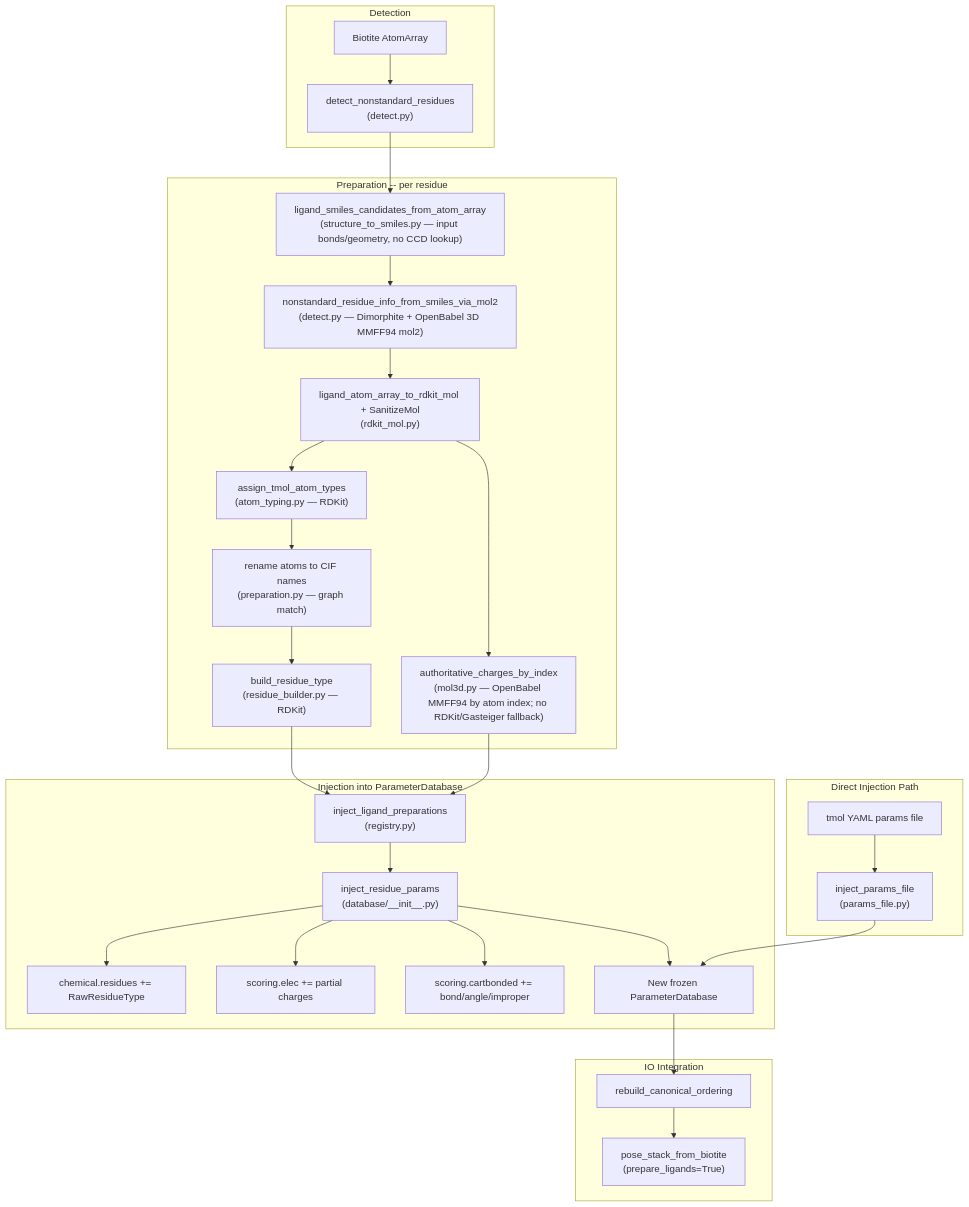
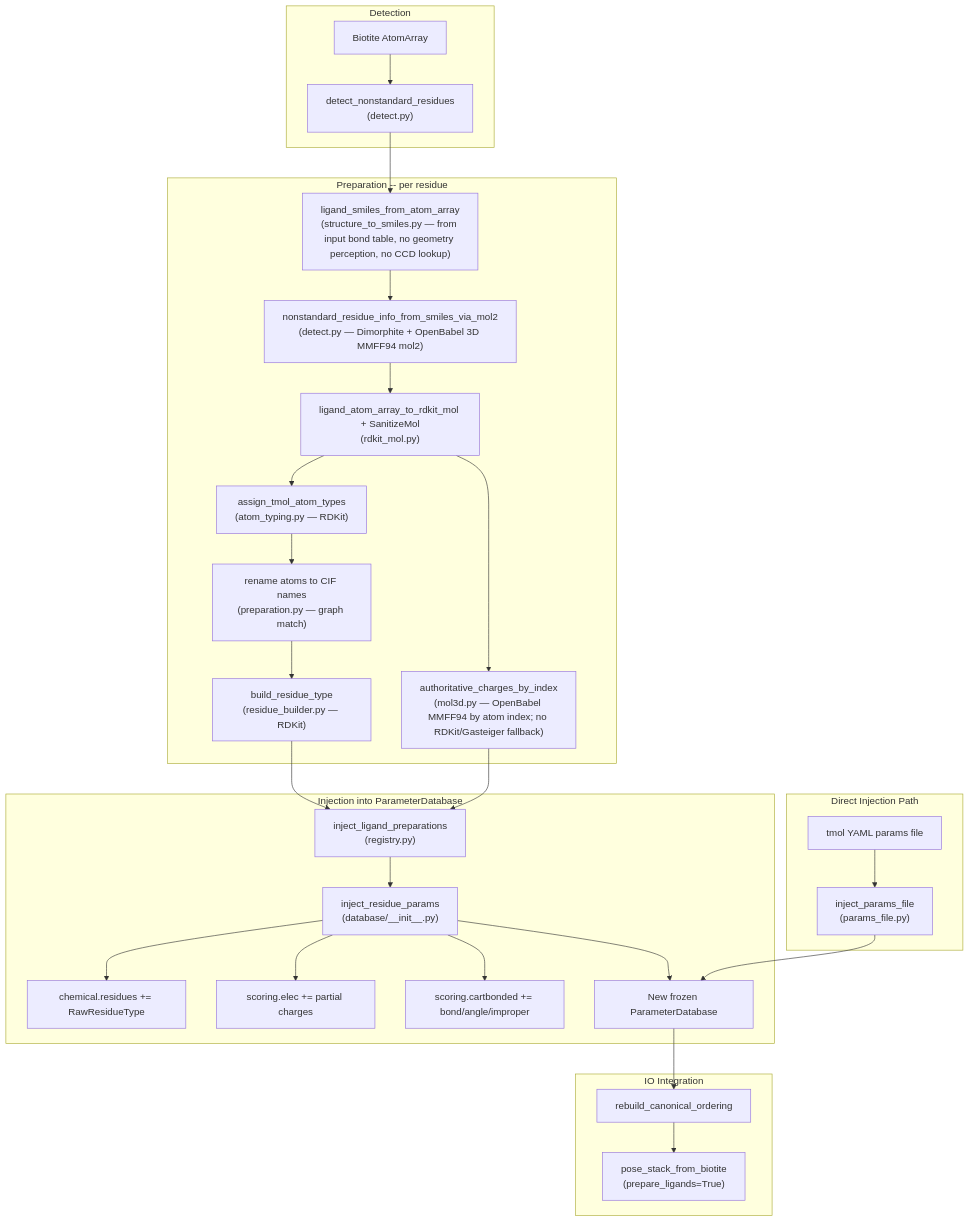
The diagram in tmol/ligand/README.md (uw-ipd/tmol), drawn with Mermaid before and after one commit. The commit also changed other lines of this file, not shown here.

````diff
--- a/tmol/ligand/README.md
+++ b/tmol/ligand/README.md
@@ -22,38 +22,38 @@
 ```mermaid
 flowchart TD
     subgraph detection [Detection]
         A["Biotite AtomArray"] --> B["detect_nonstandard_residues\n(detect.py)"]
     end
 
     subgraph preparation [Preparation -- per residue]
-        B --> S["ligand_smiles_candidates_from_atom_array\n(structure_to_smiles.py — input bonds/geometry, no CCD lookup)"]
+        B --> S["ligand_smiles_from_atom_array\n(structure_to_smiles.py — from input bond table, no geometry perception, no CCD lookup)"]
         S --> D["nonstandard_residue_info_from_smiles_via_mol2\n(detect.py — Dimorphite + OpenBabel 3D MMFF94 mol2)"]
         D --> E["ligand_atom_array_to_rdkit_mol + SanitizeMol\n(rdkit_mol.py)"]
 
         E --> F["authoritative_charges_by_index\n(mol3d.py — OpenBabel MMFF94 by atom index; no RDKit/Gasteiger fallback)"]
         E --> H["assign_tmol_atom_types\n(atom_typing.py — RDKit)"]
         H --> I["rename atoms to CIF names\n(preparation.py — graph match)"]
         I --> J["build_residue_type\n(residue_builder.py — RDKit)"]
     end
 
     subgraph injection [Injection into ParameterDatabase]
         J --> K["inject_ligand_preparations\n(registry.py)"]
         F --> K
 
         K --> L["inject_residue_params\n(database/__init__.py)"]
         L --> L1["chemical.residues += RawResidueType"]
         L --> L2["scoring.elec += partial charges"]
         L --> L3["scoring.cartbonded += bond/angle/improper"]
         L --> M["New frozen ParameterDatabase"]
     end
 
     subgraph io [IO Integration]
         M --> N["rebuild_canonical_ordering"]
         N --> O["pose_stack_from_biotite\n(prepare_ligands=True)"]
     end
 
     subgraph direct [Direct Injection Path]
         P["tmol YAML params file"] --> Q["inject_params_file\n(params_file.py)"]
         Q --> M
     end
 ```
````
